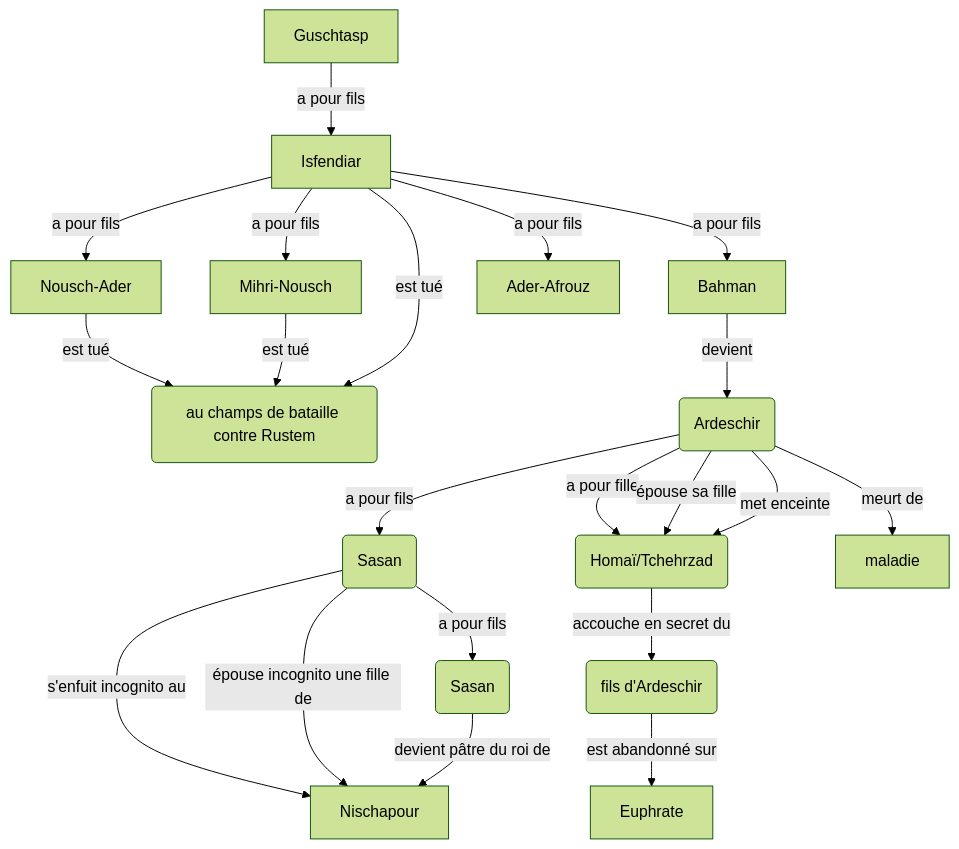
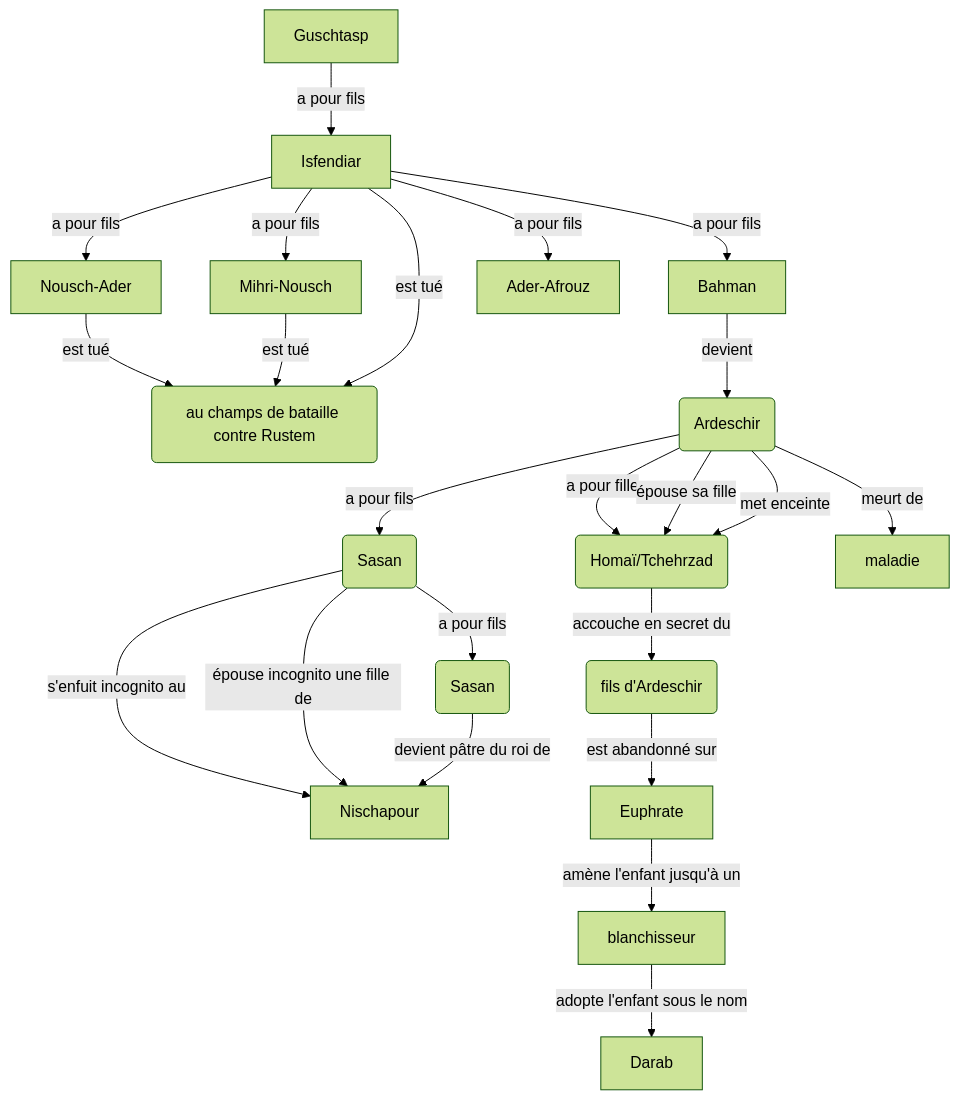
Before and after one commit to hdorgeval/le-livre-des-rois: the diagram in src/graphs/fr/isfendiar/isfendiar.mmd, drawn with Mermaid (forest theme).

Commit message:
feat(isfendiar/fr): update genealogy graph

```diff
--- a/src/graphs/fr/isfendiar/isfendiar.mmd
+++ b/src/graphs/fr/isfendiar/isfendiar.mmd
@@ -1,21 +1,23 @@
 graph TD
 Guschtasp --a pour fils--> Isfendiar
 Isfendiar --a pour fils--> Nousch-Ader
 Isfendiar --a pour fils--> Mihri-Nousch
 Isfendiar --a pour fils--> Bahman
 Isfendiar --a pour fils--> Ader-Afrouz
 Nousch-Ader --est tué --> D(au champs de bataille contre Rustem)
 Mihri-Nousch --est tué --> D(au champs de bataille contre Rustem)
 Isfendiar --est tué --> D(au champs de bataille contre Rustem)
 Bahman --devient --> A2(Ardeschir)
 A2(Ardeschir) --a pour fils--> S1(Sasan)
 A2(Ardeschir) --a pour fille--> H2(Homaï/Tchehrzad)
 A2(Ardeschir) --épouse sa fille--> H2(Homaï/Tchehrzad)
 A2(Ardeschir) --met enceinte--> H2(Homaï/Tchehrzad)
 A2(Ardeschir) --meurt de--> maladie
 S1(Sasan) --s'enfuit incognito au--> Nischapour
 S1(Sasan) --épouse incognito une fille de--> Nischapour
 S1(Sasan) --a pour fils--> S2(Sasan)
 S2(Sasan) --devient pâtre du roi de--> Nischapour
 H2(Homaï/Tchehrzad) --accouche en secret du --> S3(fils d'Ardeschir)
 S3(fils d'Ardeschir) --est abandonné sur --> Euphrate
+Euphrate --amène l'enfant jusqu'à un--> blanchisseur
+blanchisseur -- adopte l'enfant sous le nom--> Darab
```
